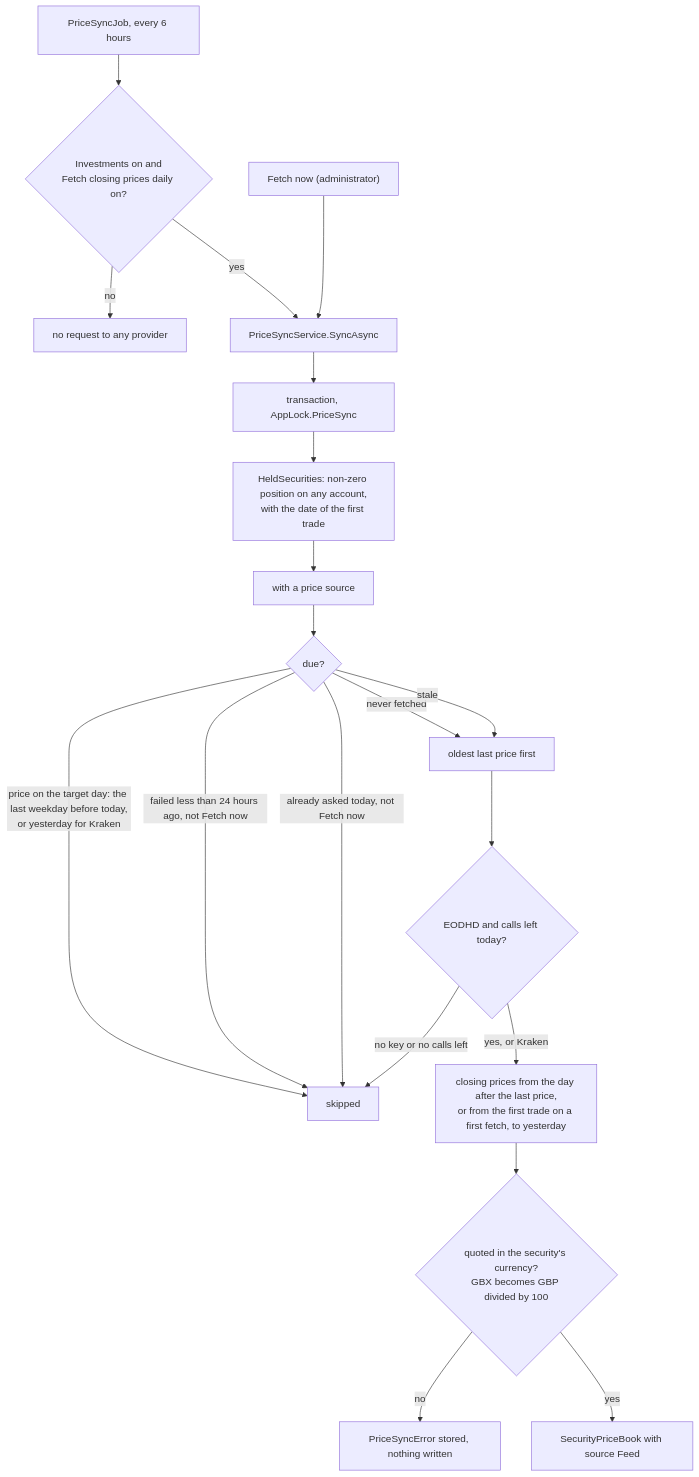
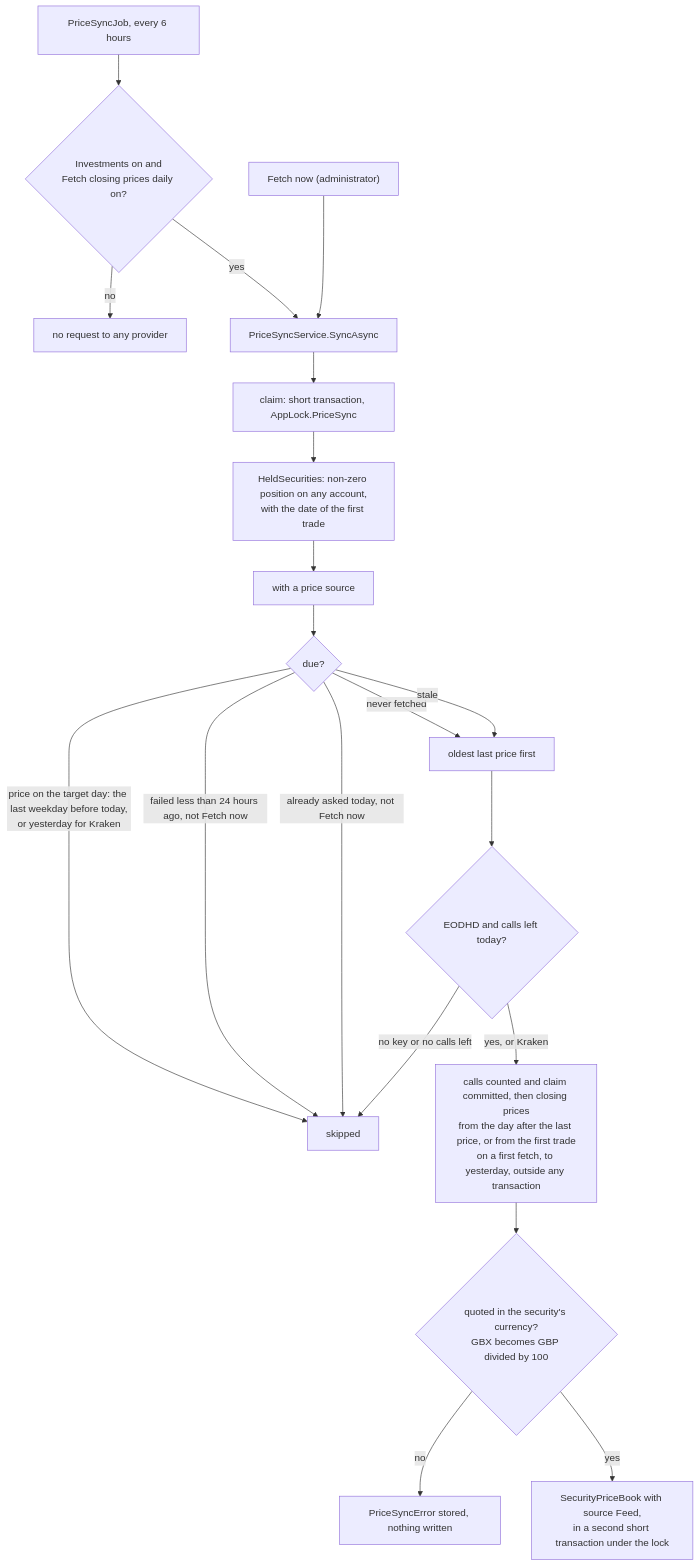
Before and after one commit to Justxs/Jx-Finance: the diagram in docs/features/live-prices.md, drawn with Mermaid. The commit also changed 43 other files, not shown here.

````diff
--- a/docs/features/live-prices.md
+++ b/docs/features/live-prices.md
@@ -32,22 +32,22 @@
 ```mermaid
 flowchart TD
     Job["PriceSyncJob, every 6 hours"] --> Switch{"Investments on and<br/>Fetch closing prices daily on?"}
     Switch -->|"no"| Nothing["no request to any provider"]
     Switch -->|"yes"| Sync["PriceSyncService.SyncAsync"]
     Now["Fetch now (administrator)"] --> Sync
-    Sync --> Lock["transaction, AppLock.PriceSync"]
+    Sync --> Lock["claim: short transaction, AppLock.PriceSync"]
     Lock --> Held["HeldSecurities: non-zero position on any account,<br/>with the date of the first trade"]
     Held --> Mapped["with a price source"]
     Mapped --> Due{"due?"}
     Due -->|"never fetched"| Fetch
     Due -->|"price on the target day: the last weekday before today,<br/>or yesterday for Kraken"| Skip["skipped"]
     Due -->|"failed less than 24 hours ago, not Fetch now"| Skip
     Due -->|"already asked today, not Fetch now"| Skip
     Due -->|"stale"| Fetch["oldest last price first"]
     Fetch --> Budget{"EODHD and calls left today?"}
     Budget -->|"no key or no calls left"| Skip
-    Budget -->|"yes, or Kraken"| Ask["closing prices from the day after the last price,<br/>or from the first trade on a first fetch, to yesterday"]
+    Budget -->|"yes, or Kraken"| Ask["calls counted and claim committed, then closing prices<br/>from the day after the last price, or from the first trade<br/>on a first fetch, to yesterday, outside any transaction"]
     Ask --> Currency{"quoted in the security's currency?<br/>GBX becomes GBP divided by 100"}
     Currency -->|"no"| Fail["PriceSyncError stored, nothing written"]
-    Currency -->|"yes"| Book["SecurityPriceBook with source Feed"]
+    Currency -->|"yes"| Book["SecurityPriceBook with source Feed,<br/>in a second short transaction under the lock"]
 ```
````
